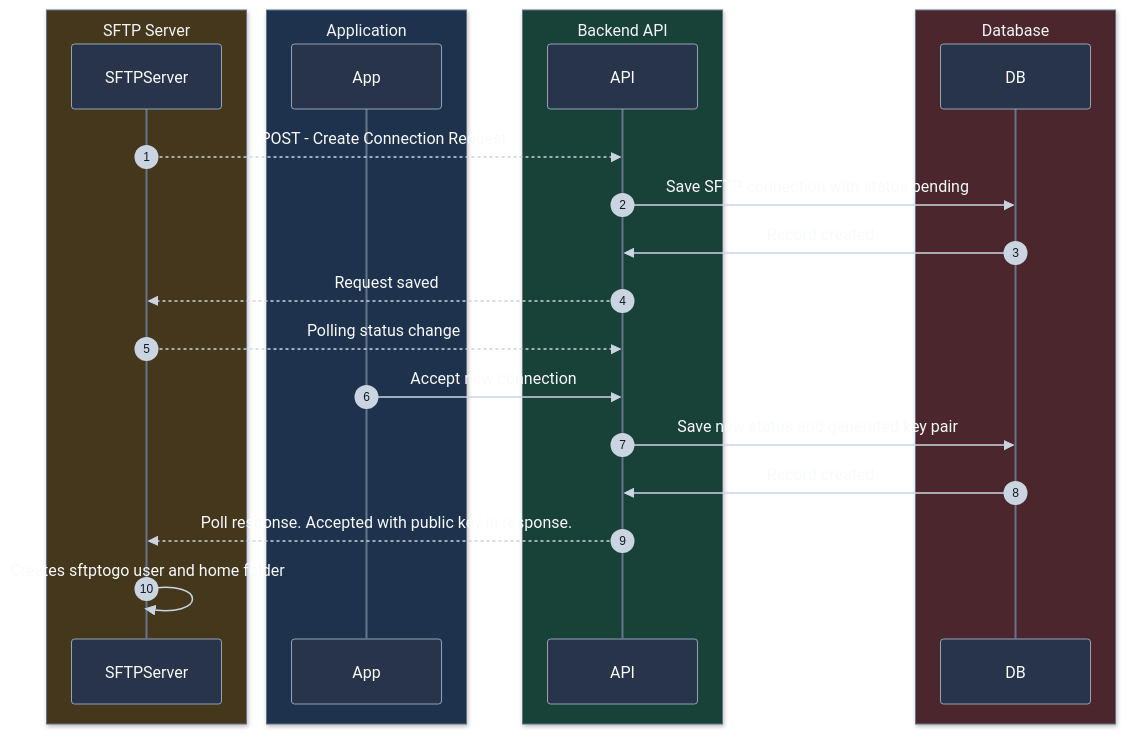
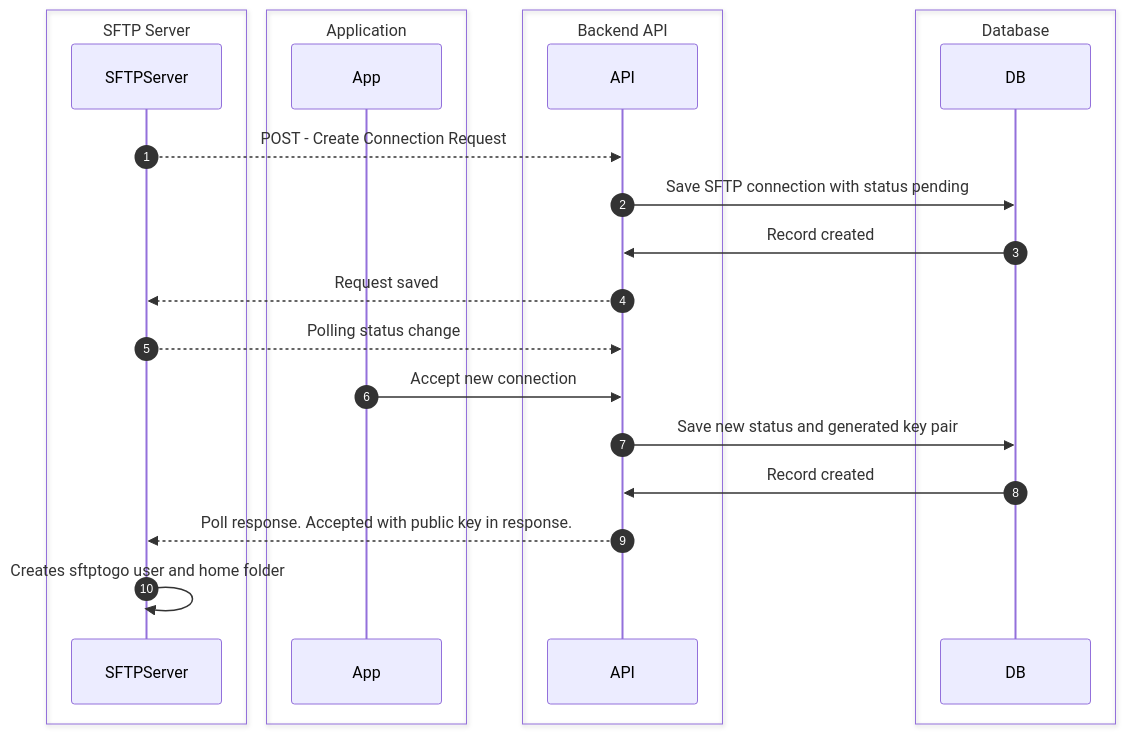
Before and after one commit to Fileodon/Diagram: the diagram in SFTP_Connection.mmd, drawn with Mermaid. The commit also changed 25 other files, not shown here.

```diff
--- a/SFTP_Connection.mmd
+++ b/SFTP_Connection.mmd
@@ -1,71 +1,38 @@
-
-%%{init: {
-  "theme": "base",
-  "themeVariables": {
-    "background": "#111827",
-    "mainBkg": "#1F2937",
-    "primaryColor": "#273449",
-    "primaryTextColor": "#F9FAFB",
-    "primaryBorderColor": "#64748B",
-    "secondaryColor": "#263449",
-    "secondaryTextColor": "#E5E7EB",
-    "secondaryBorderColor": "#64748B",
-    "tertiaryColor": "#1E293B",
-    "lineColor": "#94A3B8",
-    "textColor": "#F3F4F6",
-    "actorBkg": "#273449",
-    "actorBorder": "#94A3B8",
-    "actorTextColor": "#F9FAFB",
-    "actorLineColor": "#64748B",
-    "signalColor": "#CBD5E1",
-    "signalTextColor": "#F9FAFB",
-    "labelBoxBkgColor": "#1F2937",
-    "labelBoxBorderColor": "#64748B",
-    "labelTextColor": "#F9FAFB",
-    "noteBkgColor": "#374151",
-    "noteBorderColor": "#64748B",
-    "noteTextColor": "#F9FAFB",
-    "activationBkgColor": "#334155",
-    "activationBorderColor": "#94A3B8",
-    "sequenceNumberColor": "#111827"
-  }
-}}%%
-
 sequenceDiagram
     autonumber
 
-    box rgb(69,55,28) SFTP Server
+    box SFTP Server
         participant SFTPServer
     end
 
-    box rgb(30,50,78) Application
+    box Application
         participant App
     end
 
-    box rgb(24,65,55) Backend API
+    box Backend API
         participant API
     end
 
-    box rgb(75,38,45) Database
+    box Database
         participant DB
     end
 
     SFTPServer-->>API: POST - Create Connection Request
 
     API->>DB: Save SFTP connection with status pending
 
     DB->>API: Record created
 
     API-->>SFTPServer: Request saved
 
     SFTPServer-->>API: Polling status change
 
     App->>API: Accept new connection
 
     API->>DB: Save new status and generated key pair
 
     DB->>API: Record created
 
     API-->>SFTPServer: Poll response. Accepted with public key in response.
 
     SFTPServer->>SFTPServer: Creates sftptogo user and home folder
```
